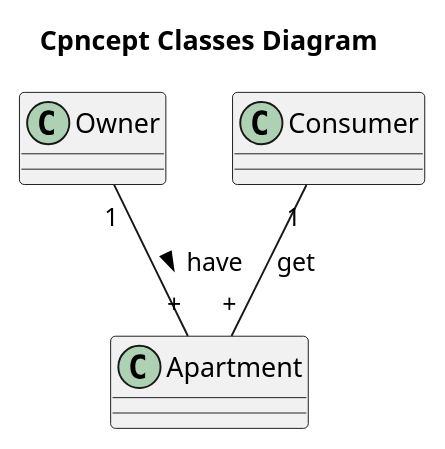
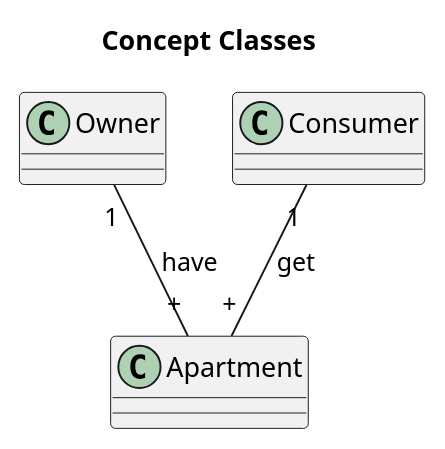
The diagram in 2-SoftwareDesign/2.7-PlantUML/UML-ConceptClasses.puml (oleksandrblazhko/ai204-plaksivij), drawn with PlantUML before and after one commit.

```diff
--- a/2-SoftwareDesign/2.7-PlantUML/UML-ConceptClasses.puml
+++ b/2-SoftwareDesign/2.7-PlantUML/UML-ConceptClasses.puml
@@ -1,12 +1,12 @@
 @startuml
 
-title Cpncept Classes Diagram 
+title Concept Classes
 
 Class Owner
 Class Apartment
 Class Consumer
 
-Owner"1" -- "+"Apartment: have >
+Owner"1" -- "+"Apartment: have
 Consumer"1" -- "+"Apartment: get
 
 @enduml
```
